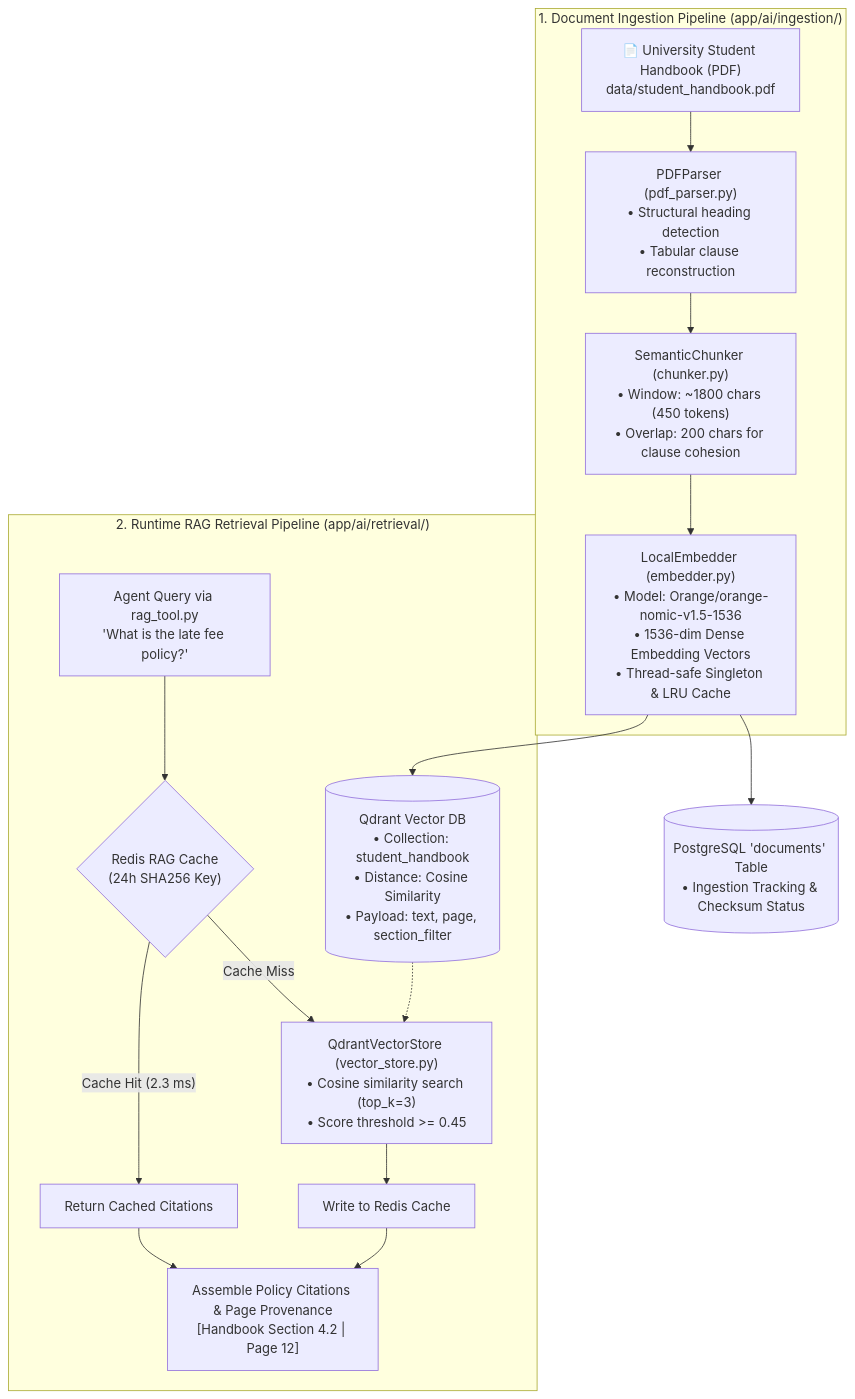
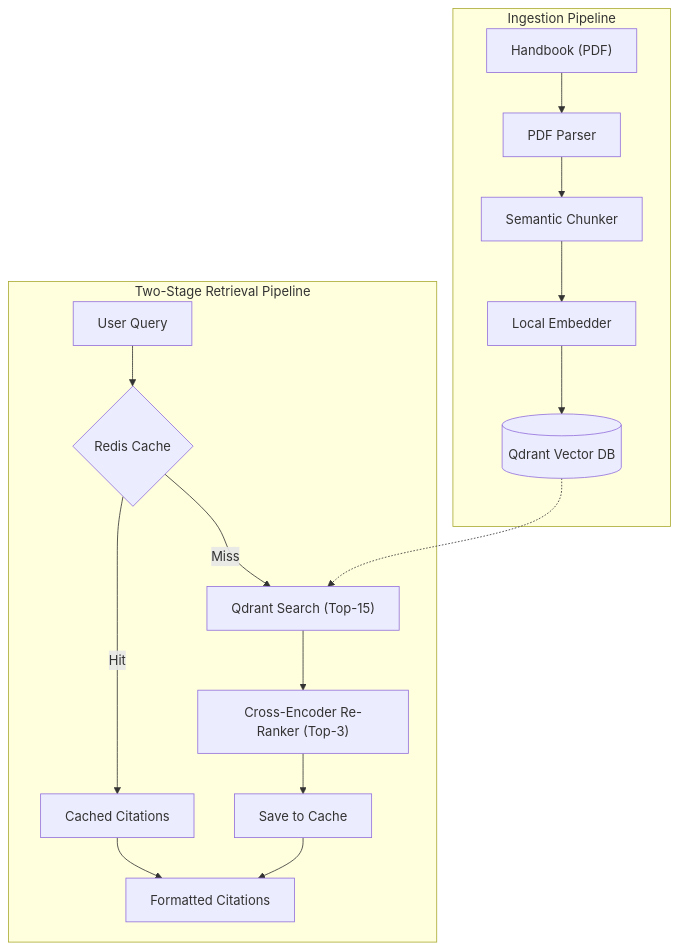
One commit to nakul-cloud/Intelligent_Student_Support_Agent changed the diagram in Intelligent_Student_Support_Agent/app/ai/README.md. Above: the diagram before and after it, drawn with Mermaid. The commit also changed other lines of this file and 28 other files, not shown here.

Commit message:
feat: add Intelligent Student Support Agent backend with RAG and chat controllers

````diff
--- a/Intelligent_Student_Support_Agent/app/ai/README.md
+++ b/Intelligent_Student_Support_Agent/app/ai/README.md
@@ -9,21 +9,20 @@
 ```mermaid
 flowchart TD
-    subgraph Ingestion["1. Document Ingestion Pipeline (app/ai/ingestion/)"]
-        PDF["📄 University Student Handbook (PDF)<br/>data/student_handbook.pdf"] --> Parser["PDFParser (pdf_parser.py)<br/>• Structural heading detection<br/>• Tabular clause reconstruction"]
-        Parser --> Chunker["SemanticChunker (chunker.py)<br/>• Window: ~1800 chars (450 tokens)<br/>• Overlap: 200 chars for clause cohesion"]
-        Chunker --> Embedder["LocalEmbedder (embedder.py)<br/>• Model: Orange/orange-nomic-v1.5-1536<br/>• 1536-dim Dense Embedding Vectors<br/>• Thread-safe Singleton & LRU Cache"]
+    subgraph Ingestion["Ingestion Pipeline"]
+        PDF["Handbook (PDF)"] --> Parser["PDF Parser"]
+        Parser --> Chunker["Semantic Chunker"]
+        Chunker --> Embedder["Local Embedder"]
+        Embedder --> VectorDB[("Qdrant Vector DB")]
     end
 
-    Embedder --> VectorDB[("Qdrant Vector DB<br/>• Collection: student_handbook<br/>• Distance: Cosine Similarity<br/>• Payload: text, page, section_filter")]
-    Embedder --> PostgresDocs[("PostgreSQL 'documents' Table<br/>• Ingestion Tracking & Checksum Status")]
-
-    subgraph Retrieval["2. Runtime RAG Retrieval Pipeline (app/ai/retrieval/)"]
-        AgentQuery["Agent Query via rag_tool.py<br/>'What is the late fee policy?'"] --> CacheCheck{"Redis RAG Cache<br/>(24h SHA256 Key)"}
-        CacheCheck -- "Cache Hit (2.3 ms)" --> CachedResult["Return Cached Citations"]
-        CacheCheck -- "Cache Miss" --> VectorSearch["QdrantVectorStore (vector_store.py)<br/>• Cosine similarity search (top_k=3)<br/>• Score threshold >= 0.45"]
+    subgraph Retrieval["Two-Stage Retrieval Pipeline"]
+        Query["User Query"] --> Cache{"Redis Cache"}
+        Cache -- "Hit" --> Cached["Cached Citations"]
+        Cache -- "Miss" --> VectorSearch["Qdrant Search (Top-15)"]
         VectorDB -.-> VectorSearch
-        VectorSearch --> PopulateCache["Write to Redis Cache"]
-        PopulateCache --> FinalCitations["Assemble Policy Citations & Page Provenance<br/>[Handbook Section 4.2 | Page 12]"]
-        CachedResult --> FinalCitations
+        VectorSearch --> ReRank["Cross-Encoder Re-Ranker (Top-3)"]
+        ReRank --> SaveCache["Save to Cache"]
+        SaveCache --> Citations["Formatted Citations"]
+        Cached --> Citations
     end
 ```
````
